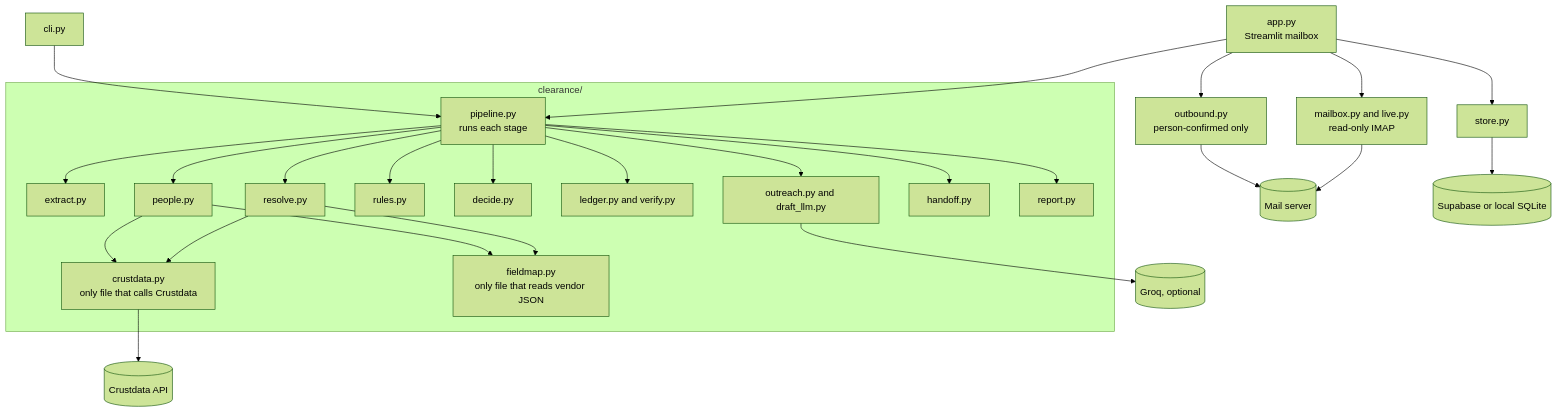
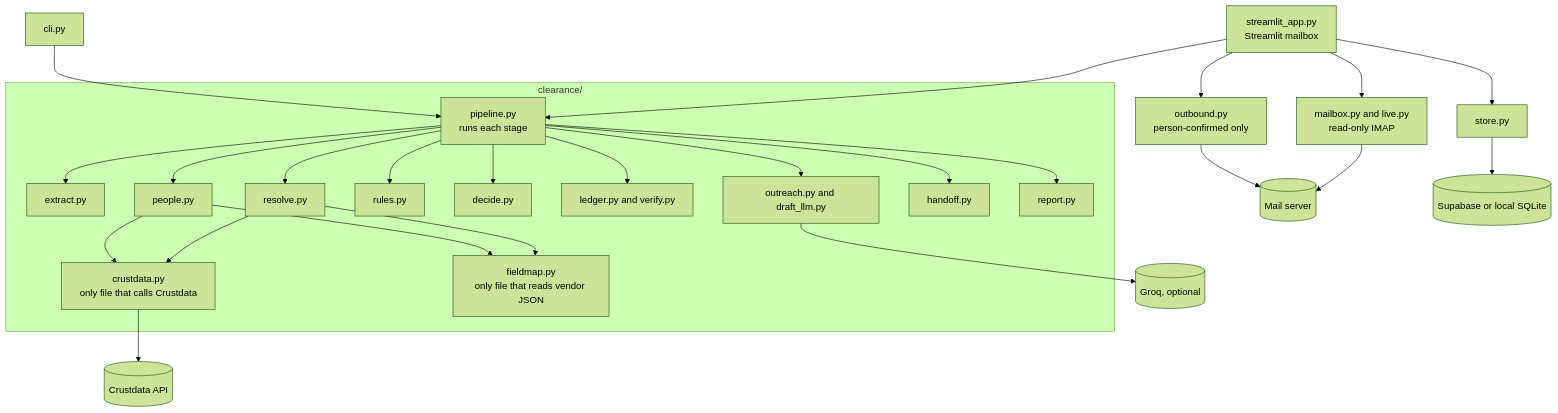
The third of 11 diagrams in README.md (Harshitha-282007/context_con), drawn with Mermaid (forest theme) before and after one commit. The commit also changed other lines of this file and 5 other files, not shown here.

````diff
--- a/README.md
+++ b/README.md
@@ -139,39 +139,39 @@
 ```mermaid
 flowchart TB
-    UI["app.py<br/>Streamlit mailbox"]
+    UI["streamlit_app.py<br/>Streamlit mailbox"]
     CLI["cli.py"]
 
     UI --> PIPE
     CLI --> PIPE
 
     subgraph CORE["clearance/"]
         PIPE["pipeline.py<br/>runs each stage"]
         EX["extract.py"]
         RES["resolve.py"]
         PPL["people.py"]
         RUL["rules.py"]
         DEC["decide.py"]
         LED["ledger.py and verify.py"]
         OUT["outreach.py and draft_llm.py"]
         HAND["handoff.py"]
         REP["report.py"]
         CD["crustdata.py<br/>only file that calls Crustdata"]
         FM["fieldmap.py<br/>only file that reads vendor JSON"]
     end
 
     PIPE --> EX & RES & PPL & RUL & DEC & LED & OUT & HAND & REP
     RES --> CD
     PPL --> CD
     RES --> FM
     PPL --> FM
 
     UI --> MB["mailbox.py and live.py<br/>read-only IMAP"]
     UI --> ST["store.py"]
     UI --> SEND["outbound.py<br/>person-confirmed only"]
 
     CD --> API[(Crustdata API)]
     OUT --> GROQ[(Groq, optional)]
     MB --> GMAIL[(Mail server)]
     SEND --> GMAIL
     ST --> SB[(Supabase or local SQLite)]
 ```
````
